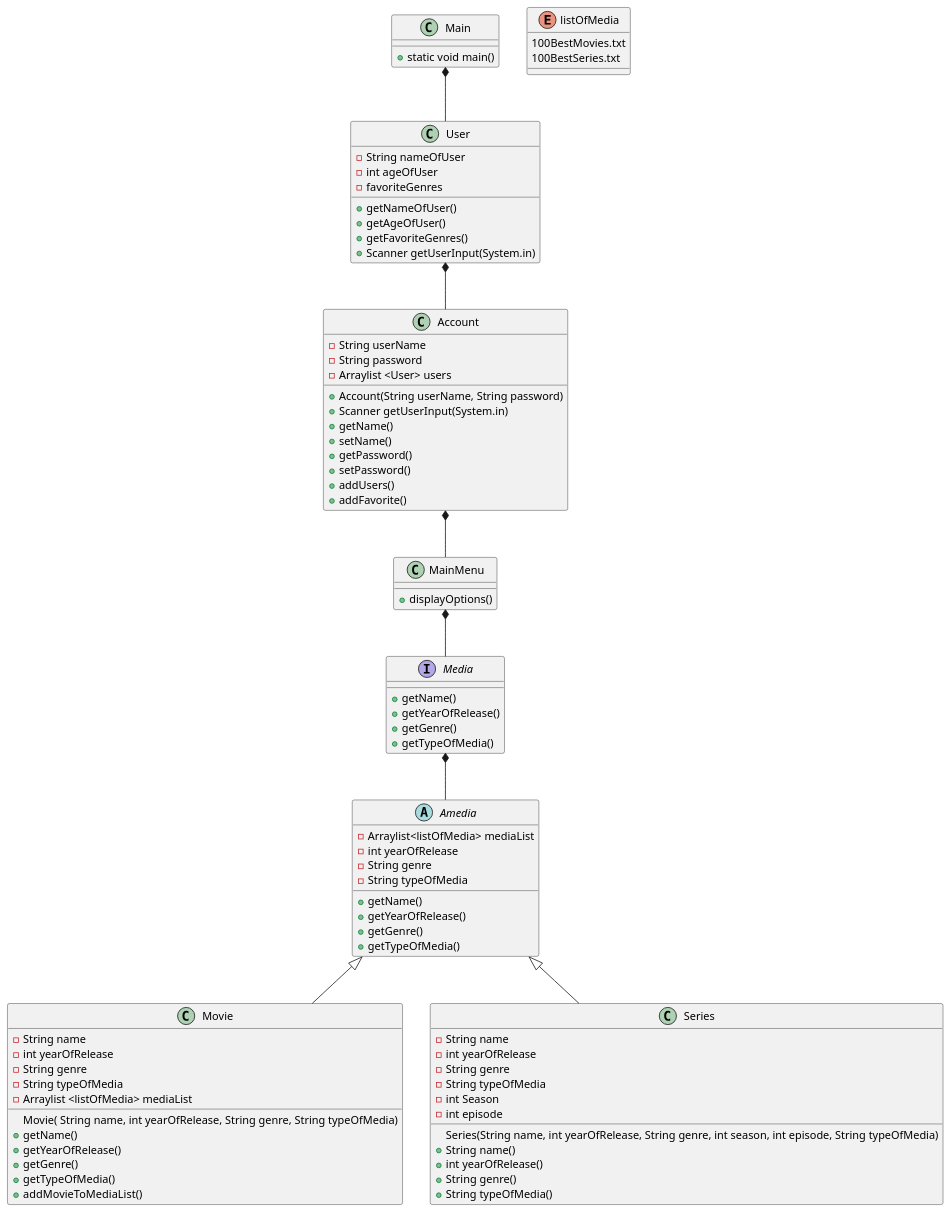
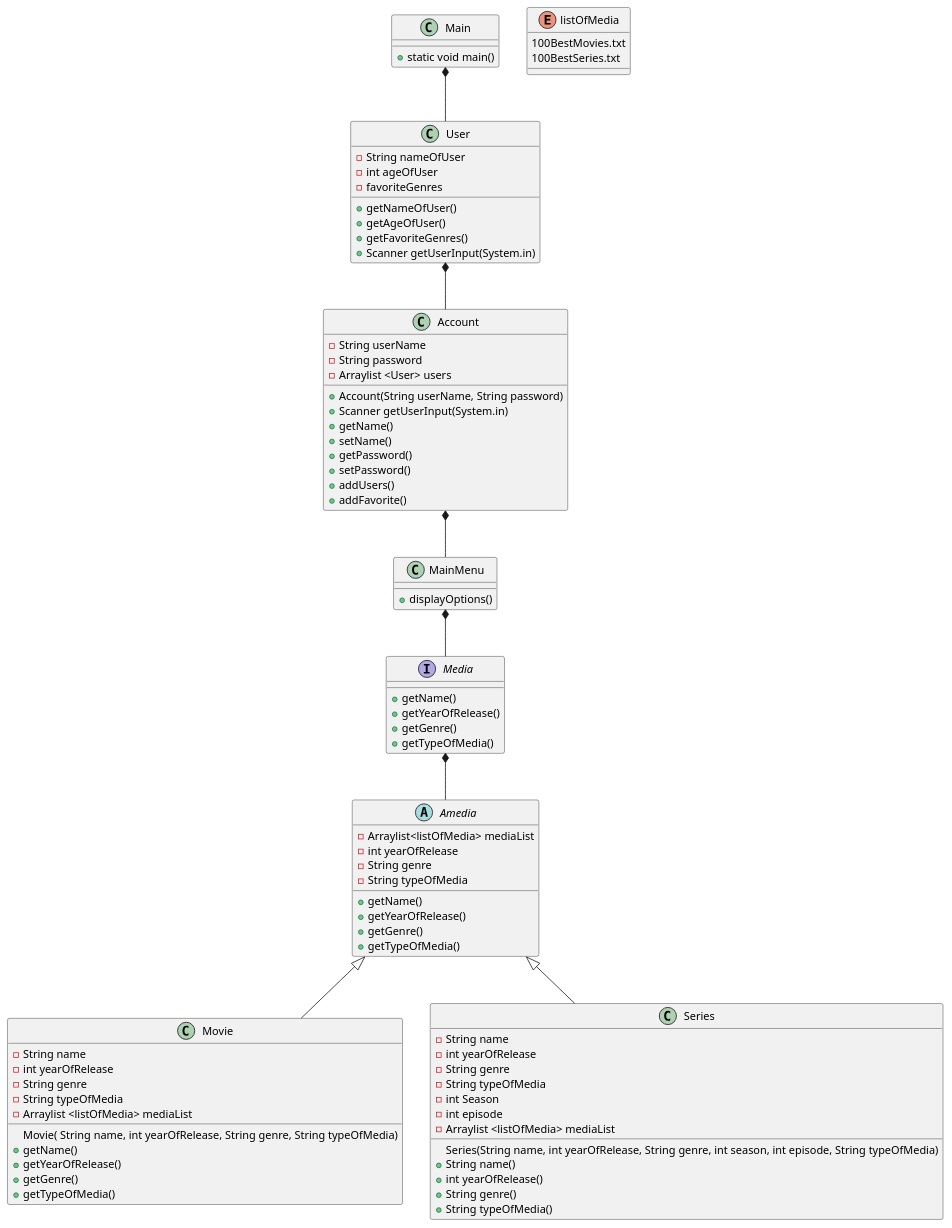
Before and after one commit to Ghostfear1713/SP3: the diagram in SP3 new/ClassDiagramV2.puml, drawn with PlantUML.

Commit message:
Nye tilføjelser, og rettelser til klassediagram UML

```diff
--- a/SP3 new/ClassDiagramV2.puml
+++ b/SP3 new/ClassDiagramV2.puml
@@ -1,99 +1,100 @@
 @startuml
 'https://plantuml.com/class-diagram
 
 Main *-- User
 Main : + static void main()
 
 User *-- Account
 User : - String nameOfUser
 User : - int ageOfUser
 User : - favoriteGenres
 
 
 User : + getNameOfUser()
 User : + getAgeOfUser()
 User : + getFavoriteGenres()
 User : + Scanner getUserInput(System.in)
 
 
 
 
 Account : - String userName
 Account : - String password
 Account : - Arraylist <User> users
 
 
 Account : + Account(String userName, String password)
 Account : + Scanner getUserInput(System.in)
 Account : + getName()
 Account : + setName()
 Account : + getPassword()
 Account : + setPassword()
 Account : + addUsers()
 Account : + addFavorite()
 
 
 
 Account *-- MainMenu
 MainMenu : + displayOptions()
 
 
 
 
 MainMenu *-- Media
 
 Enum listOfMedia
 listOfMedia : 100BestMovies.txt
 listOfMedia : 100BestSeries.txt
 
 
 Media *-- Amedia
 Interface Media
 Media : + getName()
 Media : + getYearOfRelease()
 Media : + getGenre()
 Media : + getTypeOfMedia()
 
 
 Abstract Amedia
 Amedia : - Arraylist<listOfMedia> mediaList
 Amedia : - int yearOfRelease
 Amedia : - String genre
 Amedia : - String typeOfMedia
 
 Amedia : + getName()
 Amedia : + getYearOfRelease()
 Amedia : + getGenre()
 Amedia : + getTypeOfMedia()
 
 Amedia <|--  Movie
 Movie : - String name
 Movie : - int yearOfRelease
 Movie : - String genre
 Movie : - String typeOfMedia
 Movie : - Arraylist <listOfMedia> mediaList
 
 Movie : Movie( String name, int yearOfRelease, String genre, String typeOfMedia)
 Movie : + getName()
 Movie : + getYearOfRelease()
 Movie : + getGenre()
 Movie : + getTypeOfMedia()
-Movie : + addMovieToMediaList()
+
 
 
 Amedia <|-- Series
 Series : - String name
 Series : - int yearOfRelease
 Series : - String genre
 Series : - String typeOfMedia
 Series : - int Season
 Series : - int episode
+Series : - Arraylist <listOfMedia> mediaList
 
 
 Series : Series(String name, int yearOfRelease, String genre, int season, int episode, String typeOfMedia)
 Series : + String name()
 Series : + int yearOfRelease()
 Series : + String genre()
 Series : + String typeOfMedia()
 
 @endum
```
